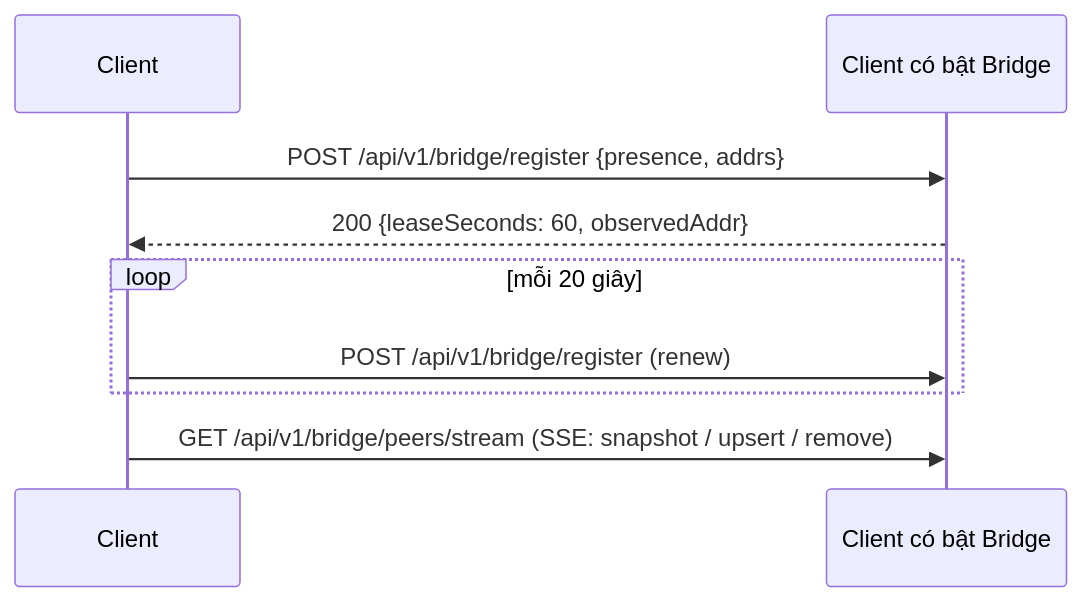
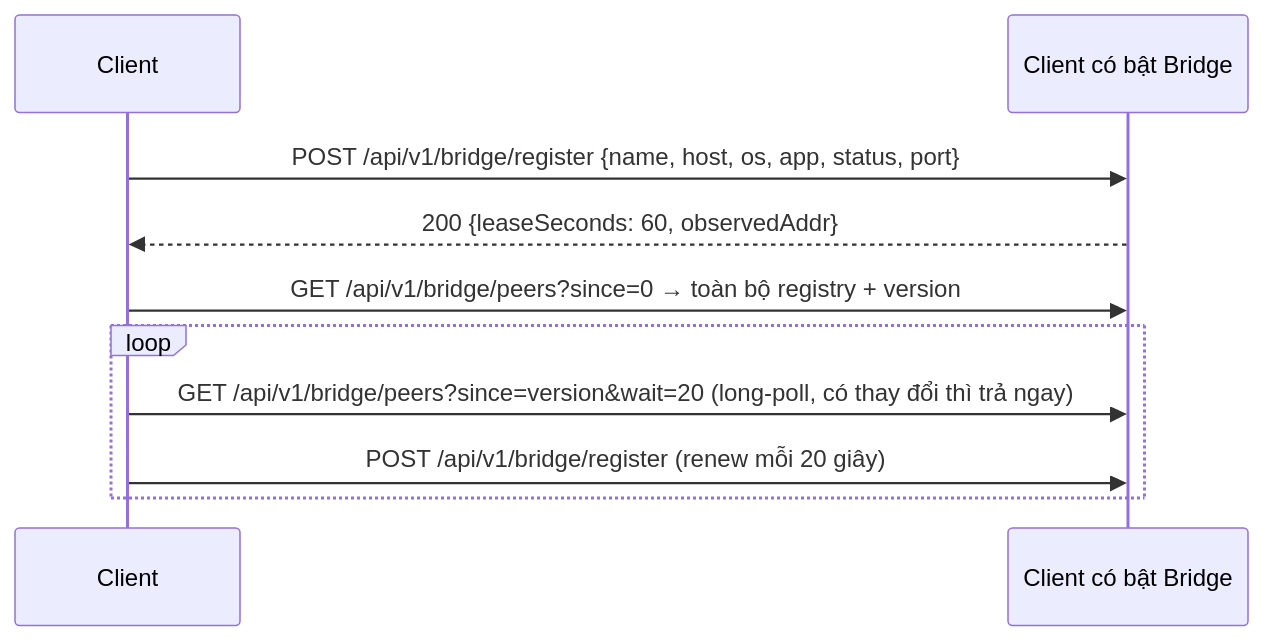
The diagram in docs/03-discovery-presence.md (dolehuy00/Shore), drawn with Mermaid before and after one commit. The commit also changed other lines of this file and 37 other files, not shown here.

````diff
--- a/docs/03-discovery-presence.md
+++ b/docs/03-discovery-presence.md
@@ -100,11 +102,12 @@
 ```mermaid
 sequenceDiagram
     participant P as Client
     participant B as Client có bật Bridge
-    P->>B: POST /api/v1/bridge/register {presence, addrs}
+    P->>B: POST /api/v1/bridge/register {name, host, os, app, status, port}
     B-->>P: 200 {leaseSeconds: 60, observedAddr}
-    loop mỗi 20 giây
-        P->>B: POST /api/v1/bridge/register (renew)
+    P->>B: GET /api/v1/bridge/peers?since=0 → toàn bộ registry + version
+    loop
+        P->>B: GET /api/v1/bridge/peers?since=version&wait=20 (long-poll, có thay đổi thì trả ngay)
+        P->>B: POST /api/v1/bridge/register (renew mỗi 20 giây)
     end
-    P->>B: GET /api/v1/bridge/peers/stream (SSE: snapshot / upsert / remove)
 ```
````
